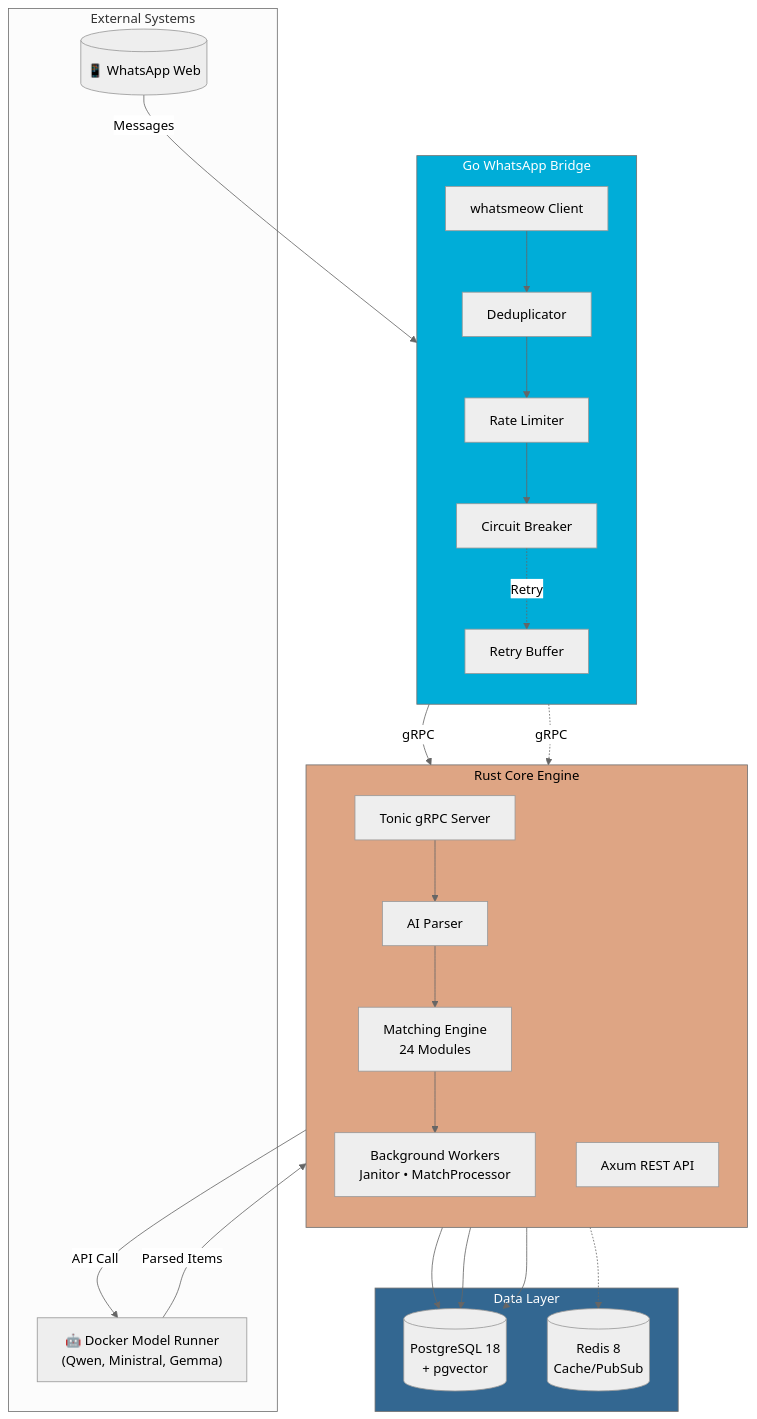
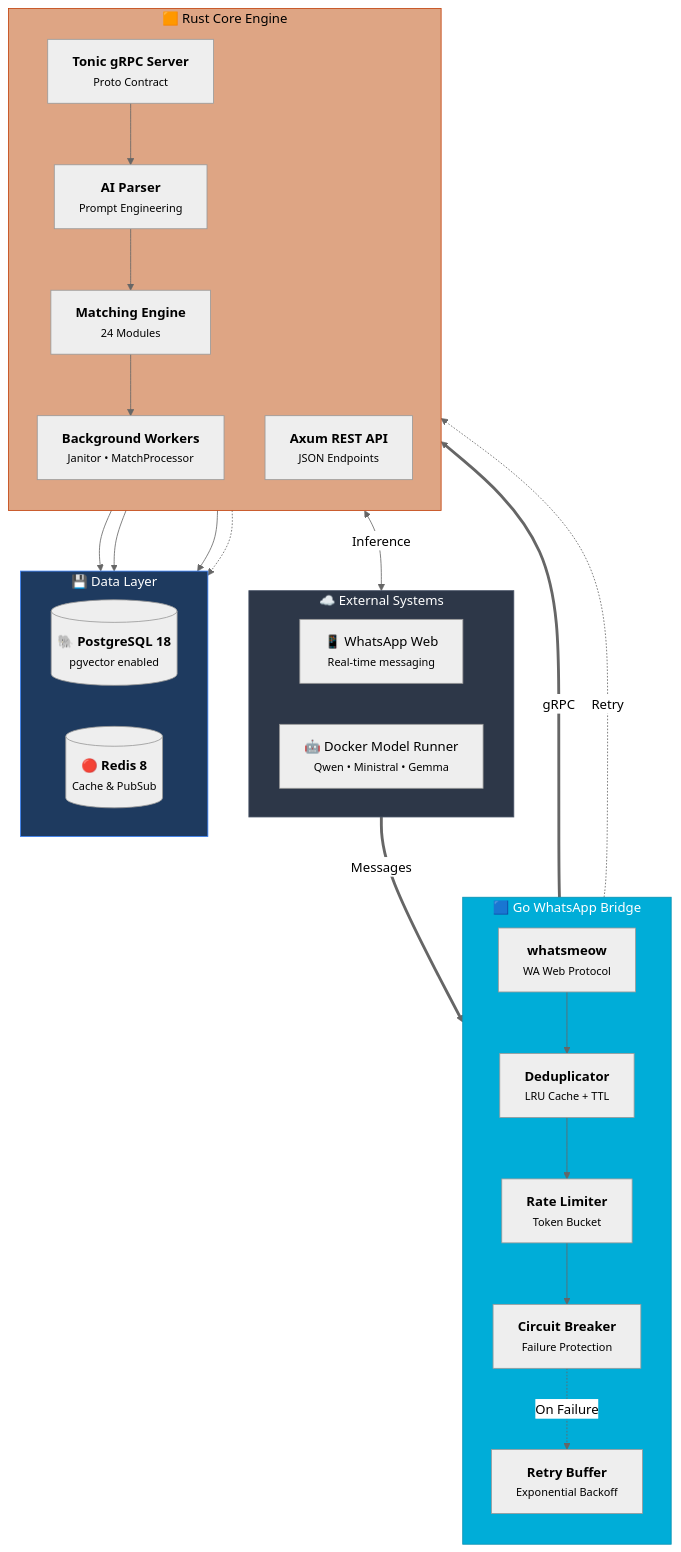
The first of 5 diagrams in Readme.md (sabryio/pharma-broker), drawn with Mermaid (neutral theme) before and after one commit. The commit also changed other lines of this file and 16 other files, not shown here.

````diff
--- a/Readme.md
+++ b/Readme.md
@@ -32,51 +150,55 @@
 ```mermaid
 flowchart TB
-    subgraph External["External Systems"]
-        WA[("📱 WhatsApp Web")]
-        AI["🤖 Docker Model Runner<br/>(Qwen, Ministral, Gemma)"]
+    subgraph External["☁️ External Systems"]
+        direction LR
+        WA["📱 WhatsApp Web<br/><small>Real-time messaging</small>"]
+        AI["🤖 Docker Model Runner<br/><small>Qwen • Ministral • Gemma</small>"]
     end
 
-    subgraph Bridge["Go WhatsApp Bridge"]
+    subgraph Bridge["🟦 Go WhatsApp Bridge"]
         direction TB
-        WM[whatsmeow Client]
-        DEDUP[Deduplicator]
-        RL[Rate Limiter]
-        CB[Circuit Breaker]
-        RETRY[Retry Buffer]
+        WM["<b>whatsmeow</b><br/><small>WA Web Protocol</small>"]
+        DEDUP["<b>Deduplicator</b><br/><small>LRU Cache + TTL</small>"]
+        RL["<b>Rate Limiter</b><br/><small>Token Bucket</small>"]
+        CB["<b>Circuit Breaker</b><br/><small>Failure Protection</small>"]
+        RETRY["<b>Retry Buffer</b><br/><small>Exponential Backoff</small>"]
+
+        WM --> DEDUP
+        DEDUP --> RL
+        RL --> CB
+        CB -.->|"On Failure"| RETRY
     end
 
-    subgraph Core["Rust Core Engine"]
+    subgraph Core["🟧 Rust Core Engine"]
         direction TB
-        GRPC[Tonic gRPC Server]
-        API[Axum REST API]
-        PARSER[AI Parser]
-        MATCH[Matching Engine<br/>24 Modules]
-        WORKERS[Background Workers<br/>Janitor • MatchProcessor]
+        GRPC["<b>Tonic gRPC Server</b><br/><small>Proto Contract</small>"]
+        API["<b>Axum REST API</b><br/><small>JSON Endpoints</small>"]
+        PARSER["<b>AI Parser</b><br/><small>Prompt Engineering</small>"]
+        MATCH["<b>Matching Engine</b><br/><small>24 Modules</small>"]
+        WORKERS["<b>Background Workers</b><br/><small>Janitor • MatchProcessor</small>"]
+
+        GRPC --> PARSER
+        PARSER --> MATCH
+        MATCH --> WORKERS
     end
 
-    subgraph Storage["Data Layer"]
-        PG[("PostgreSQL 18<br/>+ pgvector")]
-        REDIS[("Redis 8<br/>Cache/PubSub")]
+    subgraph Storage["💾 Data Layer"]
+        direction LR
+        PG[("🐘 <b>PostgreSQL 18</b><br/><small>pgvector enabled</small>")]
+        REDIS[("🔴 <b>Redis 8</b><br/><small>Cache & PubSub</small>")]
     end
 
-    WA -->|Messages| WM
-    WM --> DEDUP --> RL --> CB
-    CB -->|gRPC| GRPC
-    CB -.->|Retry| RETRY
-    RETRY -.->|gRPC| GRPC
-
-    GRPC --> PARSER
-    PARSER -->|API Call| AI
-    AI -->|Parsed Items| PARSER
-    PARSER --> MATCH
-    MATCH --> WORKERS
-
+    WA ==>|"Messages"| WM
+    CB ==>|"gRPC"| GRPC
+    RETRY -.->|"Retry"| GRPC
+    PARSER <-->|"Inference"| AI
     GRPC --> PG
     API --> PG
     WORKERS --> PG
     Core -.-> REDIS
 
-    style Bridge fill:#00ADD8,color:#fff
-    style Core fill:#DEA584,color:#000
-    style Storage fill:#336791,color:#fff
+    style External fill:#2d3748,color:#fff,stroke:#4a5568
+    style Bridge fill:#00ADD8,color:#fff,stroke:#0891b2
+    style Core fill:#DEA584,color:#000,stroke:#c2410c
+    style Storage fill:#1e3a5f,color:#fff,stroke:#3b82f6
 ```
````
